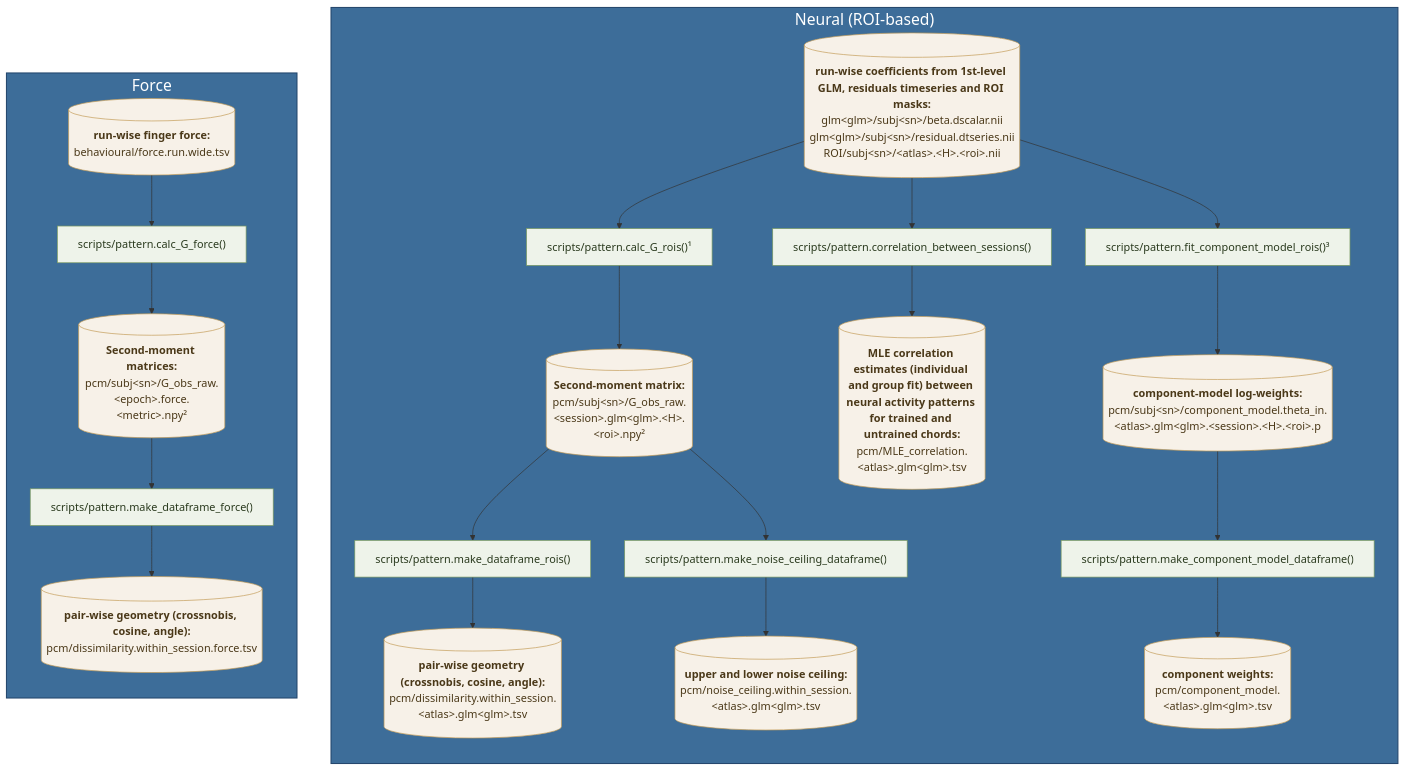
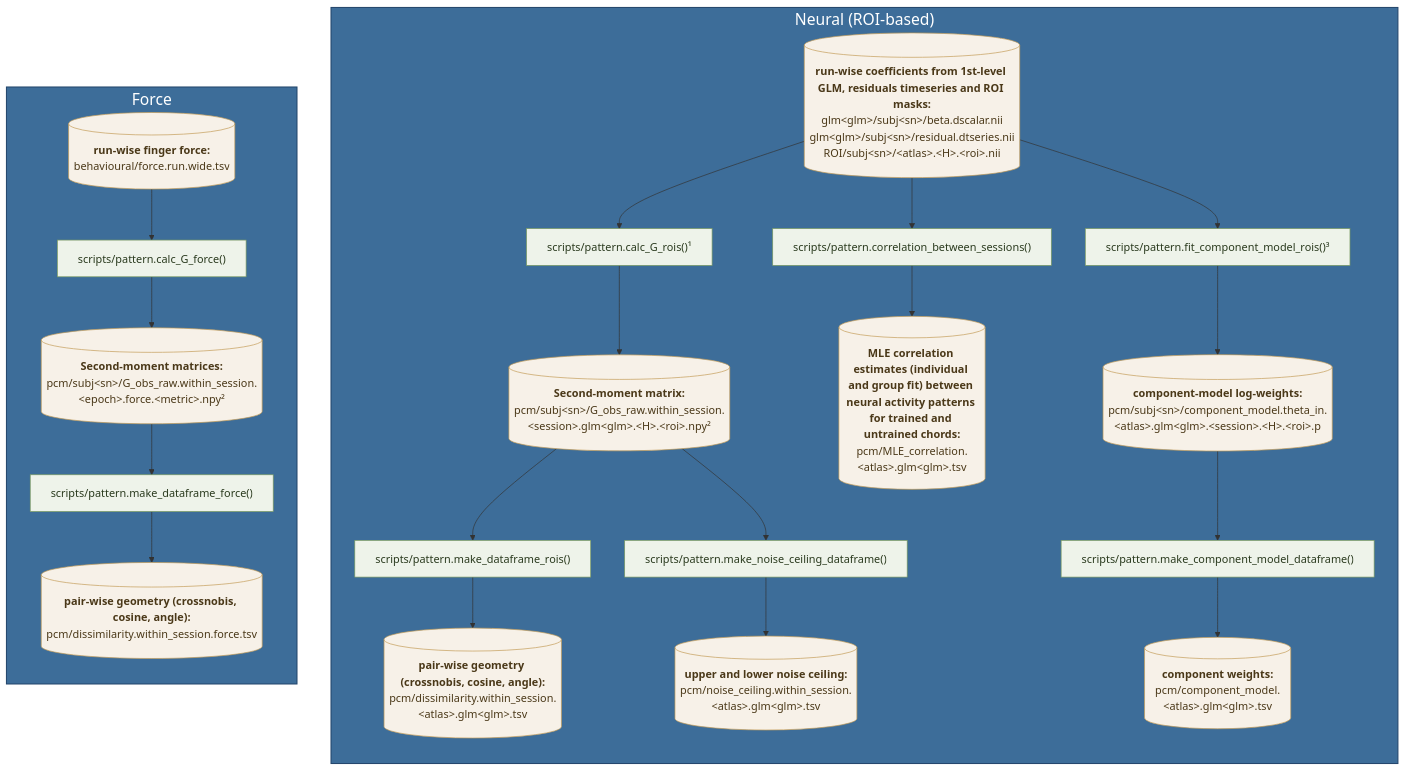
One commit to mnlmrc/extension-flexion-chords changed the third of 3 diagrams in README.md. Above: the diagram before and after it, drawn with Mermaid. The commit also changed other lines of this file and 2 other files, not shown here.

````diff
--- a/README.md
+++ b/README.md
@@ -219,63 +219,63 @@
 ```mermaid
 flowchart TB
     subgraph NEURAL ["Neural (ROI-based)"]
         direction TB
         NBETA[("<b>run-wise coefficients from 1st-level GLM, residuals timeseries and ROI masks:</b><br/>glm#lt;glm#gt;/subj#lt;sn#gt;/beta.dscalar.nii<br/>glm#lt;glm#gt;/subj#lt;sn#gt;/residual.dtseries.nii<br/>ROI/subj#lt;sn#gt;/#lt;atlas#gt;.#lt;H#gt;.#lt;roi#gt;.nii")]:::data
 
         P_GROIS["scripts/pattern.calc_G_rois()¹"]:::code
-        GROIS[("<b>Second-moment matrix:</b><br/>pcm/subj#lt;sn#gt;/G_obs_raw.#lt;session#gt;.glm#lt;glm#gt;.#lt;H#gt;.#lt;roi#gt;.npy²")]:::data
+        GROIS[("<b>Second-moment matrix:</b><br/>pcm/subj#lt;sn#gt;/G_obs_raw.within_session.#lt;session#gt;.glm#lt;glm#gt;.#lt;H#gt;.#lt;roi#gt;.npy²")]:::data
 
         P_DFROIS["scripts/pattern.make_dataframe_rois()"]:::code
         DFROIS[("<b>pair-wise geometry (crossnobis, cosine, angle):</b><br/>pcm/dissimilarity.within_session.#lt;atlas#gt;.glm#lt;glm#gt;.tsv")]:::data
 
         P_NC["scripts/pattern.make_noise_ceiling_dataframe()"]:::code
         NC[("<b>upper and lower noise ceiling:</b><br/>pcm/noise_ceiling.within_session.#lt;atlas#gt;.glm#lt;glm#gt;.tsv")]:::data
 
         P_CORR["scripts/pattern.correlation_between_sessions()"]:::code
         CORRMLE[("<b>MLE correlation estimates (individual and group fit) between neural activity patterns for trained and untrained chords:</b><br/>pcm/MLE_correlation.#lt;atlas#gt;.glm#lt;glm#gt;.tsv")]:::data
     %% CORRXVAL[("<b>cross-validated across-session cosine:</b><br/>pcm/xval_correlation.#lt;atlas#gt;.glm#lt;glm#gt;.tsv")]:::data
     %% CORRCOV[("<b>across-session cov per session-pair and chord set:</b><br/>pcm/cov.corr_across_sess.glm#lt;glm#gt;.#lt;spair#gt;.#lt;chord#gt;.#lt;H#gt;.#lt;roi#gt;.npy")]:::data
 
         P_CFIT["scripts/pattern.fit_component_model_rois()³"]:::code
         CTHETA[("<b>component-model log-weights:</b><br/>pcm/subj#lt;sn#gt;/component_model.theta_in.#lt;atlas#gt;.glm#lt;glm#gt;.#lt;session#gt;.#lt;H#gt;.#lt;roi#gt;.p")]:::data
 
         P_CSUM["scripts/pattern.make_component_model_dataframe()"]:::code
         CMODEL[("<b>component weights:</b><br/>pcm/component_model.#lt;atlas#gt;.glm#lt;glm#gt;.tsv")]:::data
 
         NBETA --> P_GROIS
         P_GROIS --> GROIS
         GROIS --> P_DFROIS
         P_DFROIS --> DFROIS
         GROIS --> P_NC
         P_NC --> NC
         NBETA --> P_CORR
         P_CORR --> CORRMLE
     %% P_CORR --> CORRXVAL
     %% P_CORR --> CORRCOV
         NBETA --> P_CFIT
         P_CFIT --> CTHETA
         CTHETA --> P_CSUM
         P_CSUM --> CMODEL
     end
 
     subgraph FORCE ["Force"]
         direction TB
         FRUN[("<b>run-wise finger force:</b><br/>behavioural/force.run.wide.tsv")]:::data
 
         P_GFORCE["scripts/pattern.calc_G_force()"]:::code
-        GFORCE[("<b>Second-moment matrices:</b><br/>pcm/subj#lt;sn#gt;/G_obs_raw.#lt;epoch#gt;.force.#lt;metric#gt;.npy²")]:::data
+        GFORCE[("<b>Second-moment matrices:</b><br/>pcm/subj#lt;sn#gt;/G_obs_raw.within_session.#lt;epoch#gt;.force.#lt;metric#gt;.npy²")]:::data
 
         P_DFFORCE["scripts/pattern.make_dataframe_force()"]:::code
         DFFORCE[("<b>pair-wise geometry (crossnobis, cosine, angle):</b><br/>pcm/dissimilarity.within_session.force.tsv")]:::data
 
         FRUN --> P_GFORCE
         P_GFORCE --> GFORCE
         GFORCE --> P_DFFORCE
         P_DFFORCE --> DFFORCE
     end
 
     classDef code  fill:#eef3ea,stroke:#7a9a5f,color:#2a3a1e;
     classDef data  fill:#f7f1e8,stroke:#c39b56,color:#4a3818;
     classDef group fill:#3d6d99,stroke:#22456b,stroke-width:1.5px,color:#ffffff, font-size:23px;
     class NEURAL,FORCE group;
 ```
````
